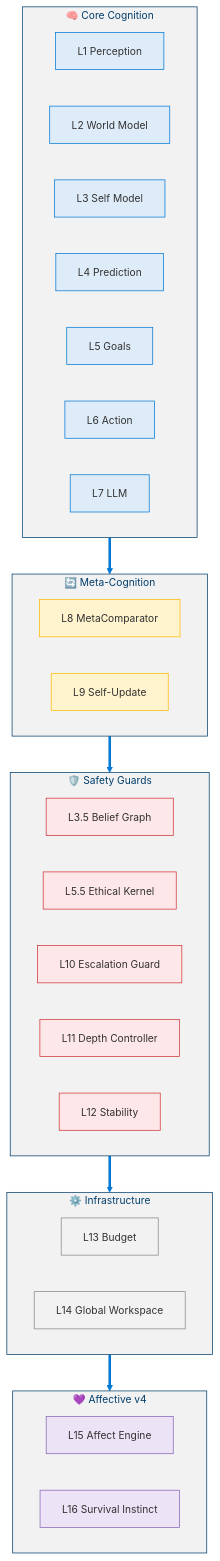
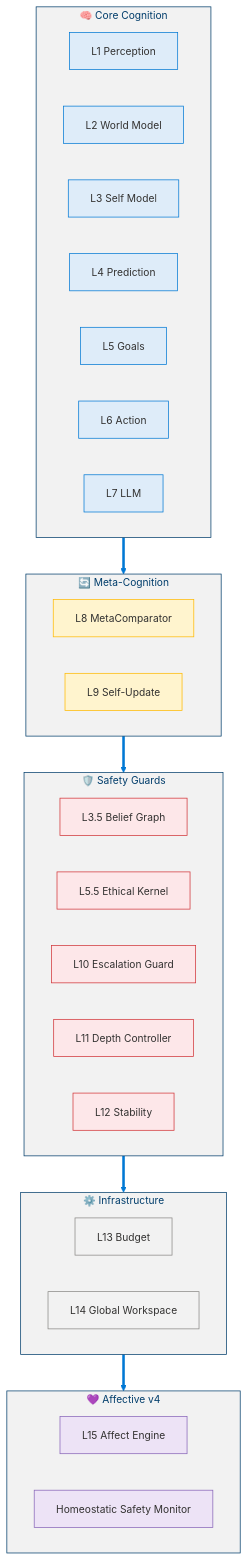
Before and after one commit to dotnetpower/mscp: the fifth of 19 diagrams in docs/levels/Level_3_Self_Regulating_Agent.md, drawn with Mermaid. The commit also changed other lines of this file and 21 other files, not shown here.

````diff
--- a/docs/levels/Level_3_Self_Regulating_Agent.md
+++ b/docs/levels/Level_3_Self_Regulating_Agent.md
@@ -385,52 +425,52 @@
 ```mermaid
 %%{init: {'theme': 'base', 'themeVariables': {'primaryColor': '#0078D4', 'primaryTextColor': '#003D6B', 'primaryBorderColor': '#003D6B', 'secondaryColor': '#50E6FF', 'secondaryTextColor': '#323130', 'secondaryBorderColor': '#00BCF2', 'tertiaryColor': '#F2F2F2', 'tertiaryTextColor': '#323130', 'lineColor': '#0078D4', 'textColor': '#323130', 'mainBkg': '#DEECF9', 'nodeBorder': '#0078D4', 'clusterBkg': '#F2F2F2', 'clusterBorder': '#003D6B', 'titleColor': '#003D6B', 'edgeLabelBackground': '#FFFFFF', 'fontSize': '14px'}}}%%
 flowchart TB
   classDef core fill:#DEECF9,stroke:#0078D4,color:#323130
   classDef meta fill:#FFF4CE,stroke:#FFB900,color:#323130
   classDef safety fill:#FDE7E9,stroke:#D13438,color:#323130
   classDef infra fill:#F2F2F2,stroke:#8A8886,color:#323130
   classDef affect fill:#EDE3F6,stroke:#8764B8,color:#323130
 
   subgraph Core["🧠 Core Cognition"]
     direction LR
     C1["L1 Perception"]:::core
     C2["L2 World Model"]:::core
     C3["L3 Self Model"]:::core
     C4["L4 Prediction"]:::core
     C5["L5 Goals"]:::core
     C6["L6 Action"]:::core
     C7["L7 LLM"]:::core
   end
 
   subgraph Meta["🔄 Meta-Cognition"]
     direction LR
     M1["L8 MetaComparator"]:::meta
     M2["L9 Self-Update"]:::meta
   end
 
   subgraph Safety["🛡️ Safety Guards"]
     direction LR
     S1["L3.5 Belief Graph"]:::safety
     S2["L5.5 Ethical Kernel"]:::safety
     S3["L10 Escalation Guard"]:::safety
     S4["L11 Depth Controller"]:::safety
     S5["L12 Stability"]:::safety
   end
 
   subgraph Infra["⚙️ Infrastructure"]
     direction LR
     I1["L13 Budget"]:::infra
     I2["L14 Global Workspace"]:::infra
   end
 
   subgraph Emotion["💜 Affective v4"]
     direction LR
     E1["L15 Affect Engine"]:::affect
-    E2["L16 Survival Instinct"]:::affect
+    E2["Homeostatic Safety Monitor"]:::affect
   end
 
   Core ==> Meta
   Meta ==> Safety
   Safety ==> Infra
   Infra ==> Emotion
 ```
````
